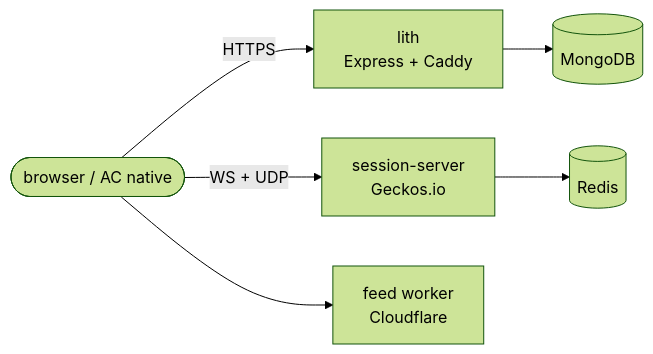
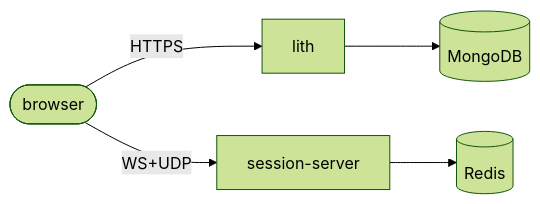
The first of 3 diagrams in sandbox/md-graphics-demo/README.md (whistlegraph/aesthetic-computer), drawn with Mermaid (forest theme) before and after one commit. The commit also changed other lines of this file and 1 other file, not shown here.

````diff
--- a/sandbox/md-graphics-demo/README.md
+++ b/sandbox/md-graphics-demo/README.md
@@ -38,8 +25,7 @@
 ```mermaid
 flowchart LR
-  browser([browser / AC native]) -->|HTTPS| lith[lith\nExpress + Caddy]
-  browser -->|WS + UDP| sess[session-server\nGeckos.io]
+  browser([browser]) -->|HTTPS| lith[lith]
+  browser -->|WS+UDP| sess[session-server]
   lith --> mongo[(MongoDB)]
   sess --> redis[(Redis)]
-  browser --> feed[feed worker\nCloudflare]
 ```
````
